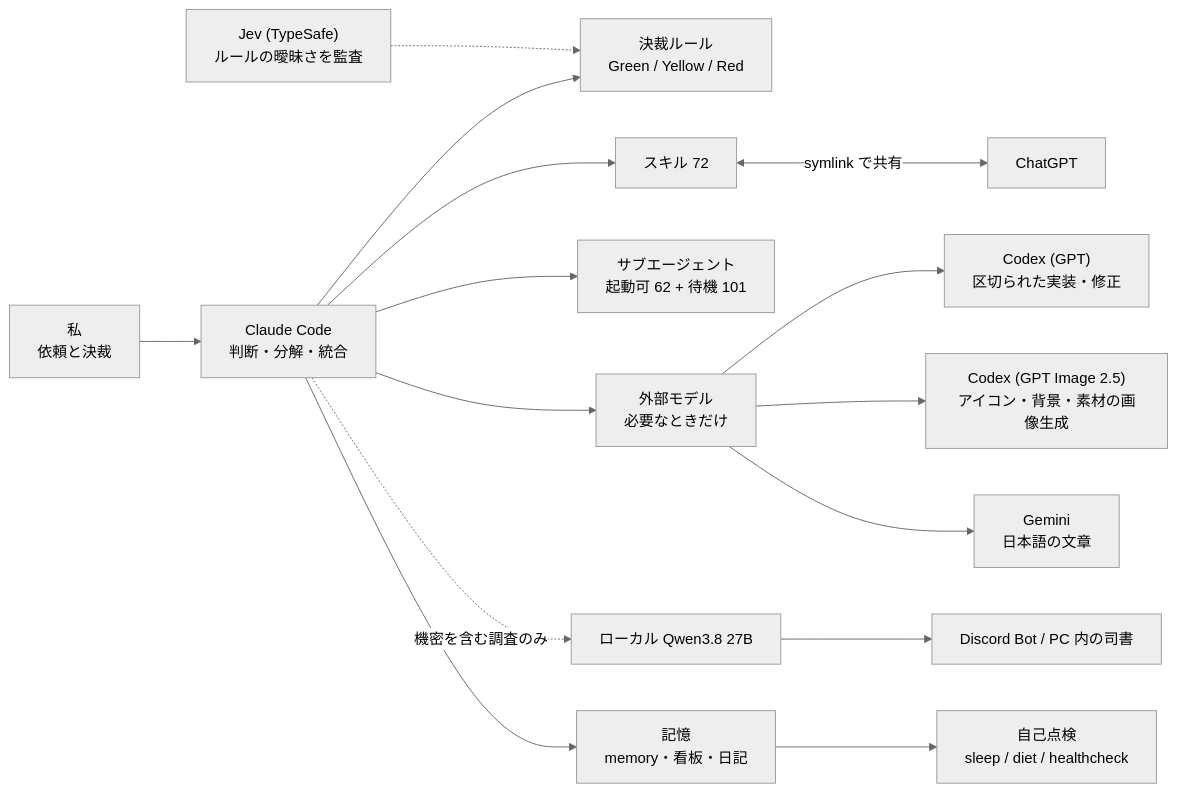
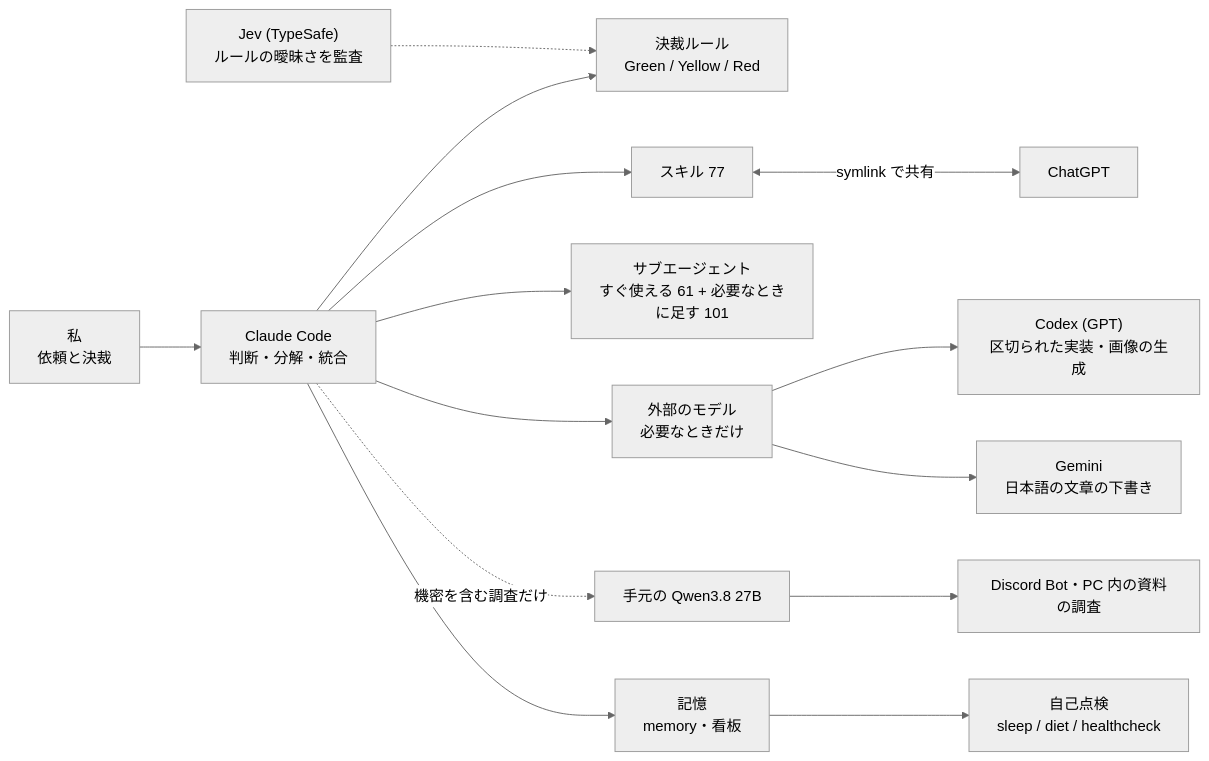
The diagram in README.md (MaryCache/MaryCache), drawn with Mermaid (neutral theme) before and after one commit. The commit also changed other lines of this file, not shown here.

````diff
--- a/README.md
+++ b/README.md
@@ -24,17 +26,16 @@
 ```mermaid
 graph LR
   K["私<br/>依頼と決裁"] --> C["Claude Code<br/>判断・分解・統合"]
   C --> RULE["決裁ルール<br/>Green / Yellow / Red"]
   JEV["Jev (TypeSafe)<br/>ルールの曖昧さを監査"] -.-> RULE
-  C --> SK["スキル 72"]
-  C --> AG["サブエージェント<br/>起動可 62 + 待機 101"]
-  C --> W["外部モデル<br/>必要なときだけ"]
-  W --> LUNA["Codex (GPT)<br/>区切られた実装・修正"]
-  W --> IMG["Codex (GPT Image 2.5)<br/>アイコン・背景・素材の画像生成"]
-  W --> GEM["Gemini<br/>日本語の文章"]
-  C -.->|機密を含む調査のみ| QWEN["ローカル Qwen3.8 27B"]
-  C --> MEM["記憶<br/>memory・看板・日記"]
+  C --> SK["スキル 77"]
+  C --> AG["サブエージェント<br/>すぐ使える 61 + 必要なときに足す 101"]
+  C --> W["外部のモデル<br/>必要なときだけ"]
+  W --> CODEX["Codex (GPT)<br/>区切られた実装・画像の生成"]
+  W --> GEM["Gemini<br/>日本語の文章の下書き"]
+  C -.->|機密を含む調査だけ| QWEN["手元の Qwen3.8 27B"]
+  C --> MEM["記憶<br/>memory・看板"]
   MEM --> OPS["自己点検<br/>sleep / diet / healthcheck"]
   SK <-->|symlink で共有| GPT["ChatGPT"]
-  QWEN --> BOT["Discord Bot / PC 内の司書"]
+  QWEN --> BOT["Discord Bot・PC 内の資料の調査"]
 ```
````
